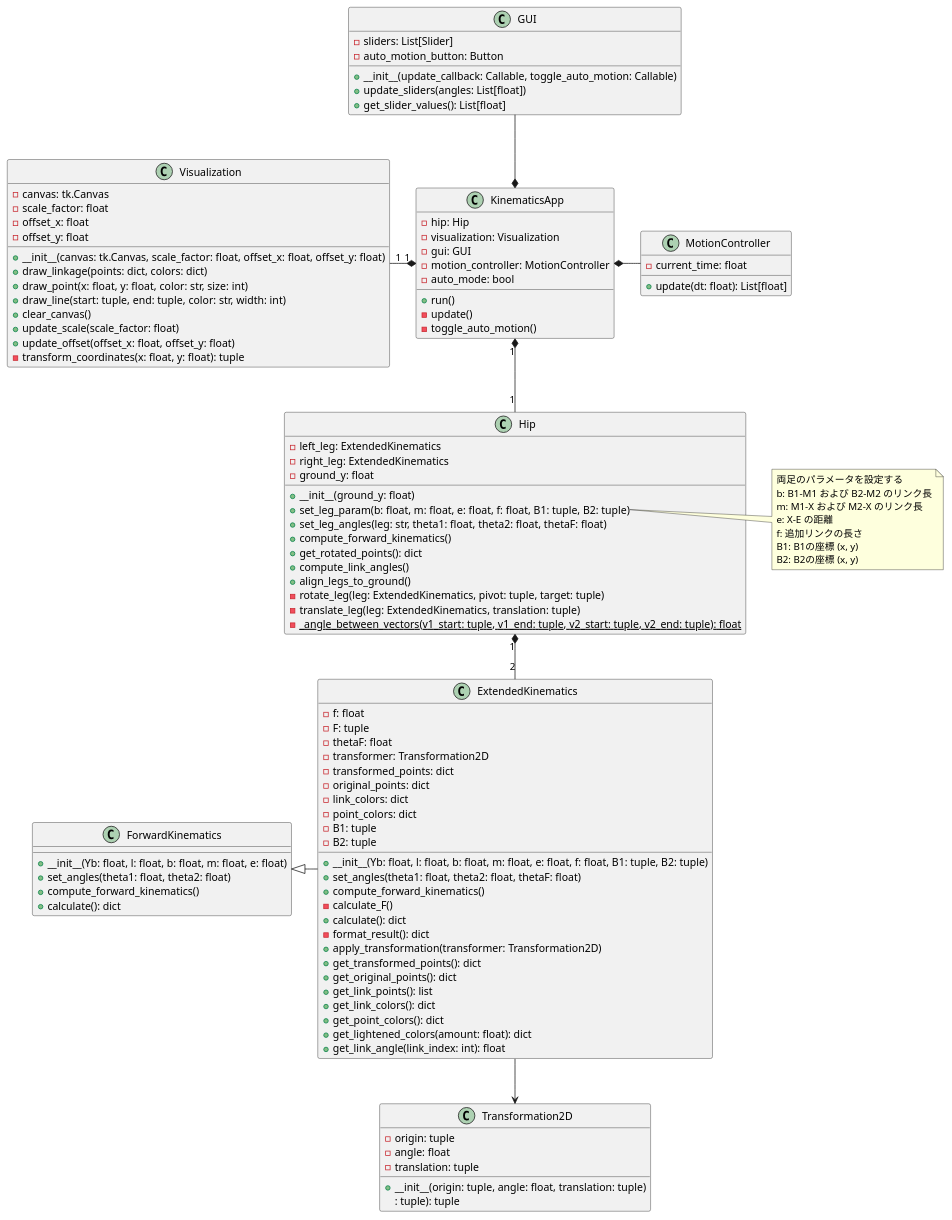
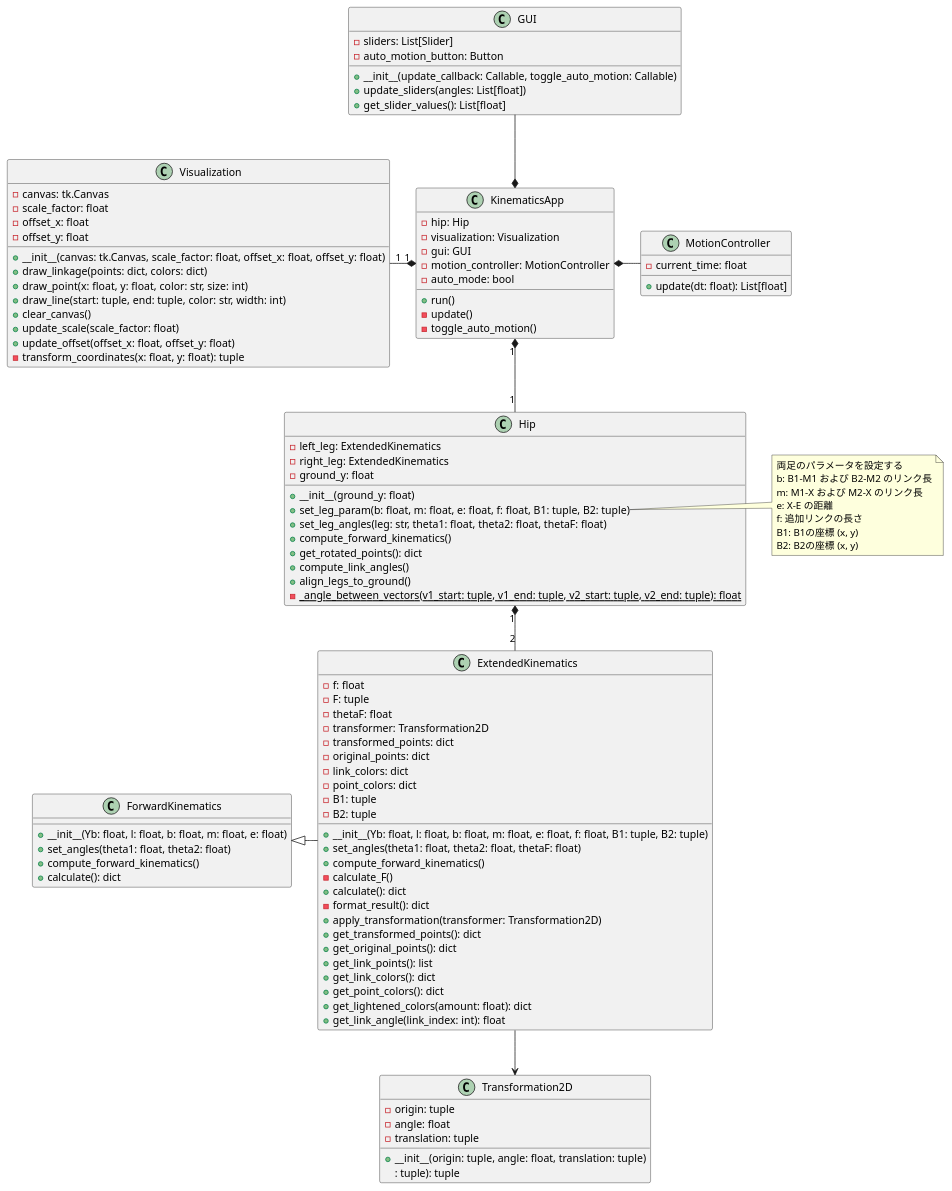
One commit to kumaxxp/symmetrical-five-bar-linkage changed the diagram in docs/making_class.md. Above: the diagram before and after it, drawn with PlantUML. The commit also changed 2 other files, not shown here.

Commit message:
一旦保存

```diff
--- a/docs/making_class.md
+++ b/docs/making_class.md
@@ -58,8 +58,6 @@
   + get_rotated_points(): dict
   + compute_link_angles()
   + align_legs_to_ground()
-  - rotate_leg(leg: ExtendedKinematics, pivot: tuple, target: tuple)
-  - translate_leg(leg: ExtendedKinematics, translation: tuple)
   - {static} _angle_between_vectors(v1_start: tuple, v1_end: tuple, v2_start: tuple, v2_end: tuple): float
 }
 
```
